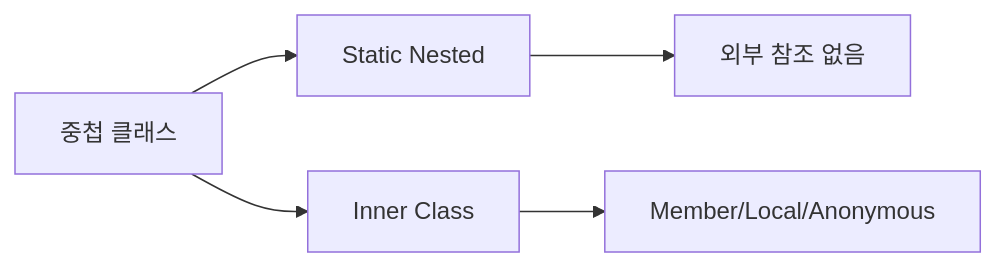
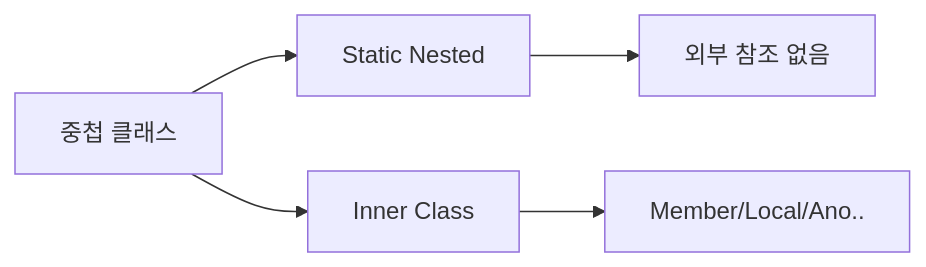
Before and after one commit to yjkim2015/yjkim2015.github.io: the first of 3 diagrams in _posts/java/2026-05-01-java-nested-class.md, drawn with Mermaid. The commit also changed other lines of this file and 149 other files, not shown here.

First line of the commit message:
Mermaid 가독성 개선: 라벨 축약, 노드 축소, TD→LR 변환

````diff
--- a/_posts/java/2026-05-01-java-nested-class.md
+++ b/_posts/java/2026-05-01-java-nested-class.md
@@ -20,7 +20,7 @@
 ```mermaid
 graph LR
     A["중첩 클래스"] --> B["Static Nested"]
     A --> C["Inner Class"]
     B --> B1["외부 참조 없음"]
-    C --> D["Member/Local/Anonymous"]
+    C --> D["Member/Local/Ano.."]
 ```
````
